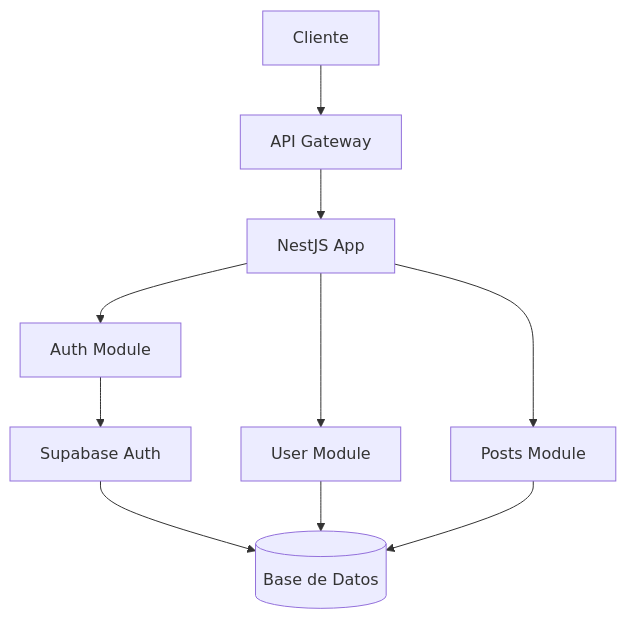
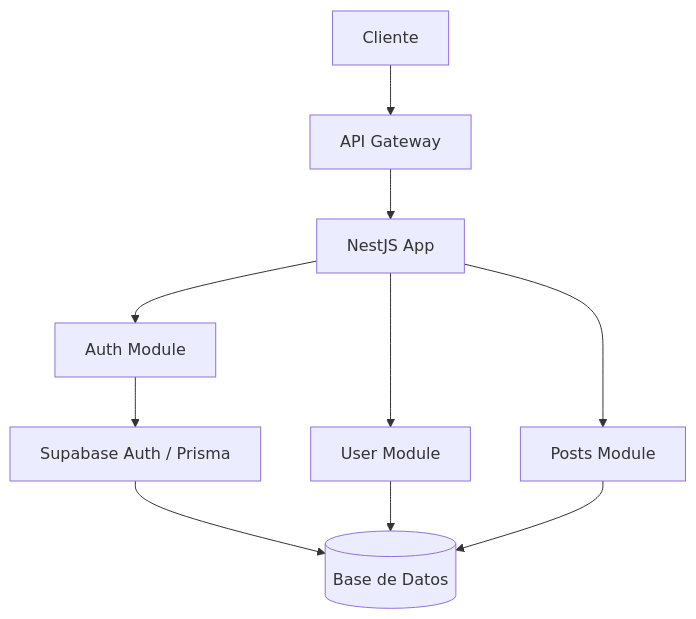
One commit to CodeCrafters-ES/tribehub-social_network-backend changed the first of 2 diagrams in README.md. Above: the diagram before and after it, drawn with Mermaid. The commit also changed other lines of this file and 1 other file, not shown here.

Commit message:
docs: update README with pnpm/Docker and preserve Supabase context

````diff
--- a/README.md
+++ b/README.md
@@ -32,12 +31,12 @@
 ```mermaid
 graph TB
     A[Cliente] --> B[API Gateway]
     B --> C[NestJS App]
     C --> D[Auth Module]
     C --> E[User Module]
     C --> F[Posts Module]
-    D --> G[Supabase Auth]
+    D --> G[Supabase Auth / Prisma]
     G --> H[(Base de Datos)]
     E --> H
     F --> H
 ```
````
